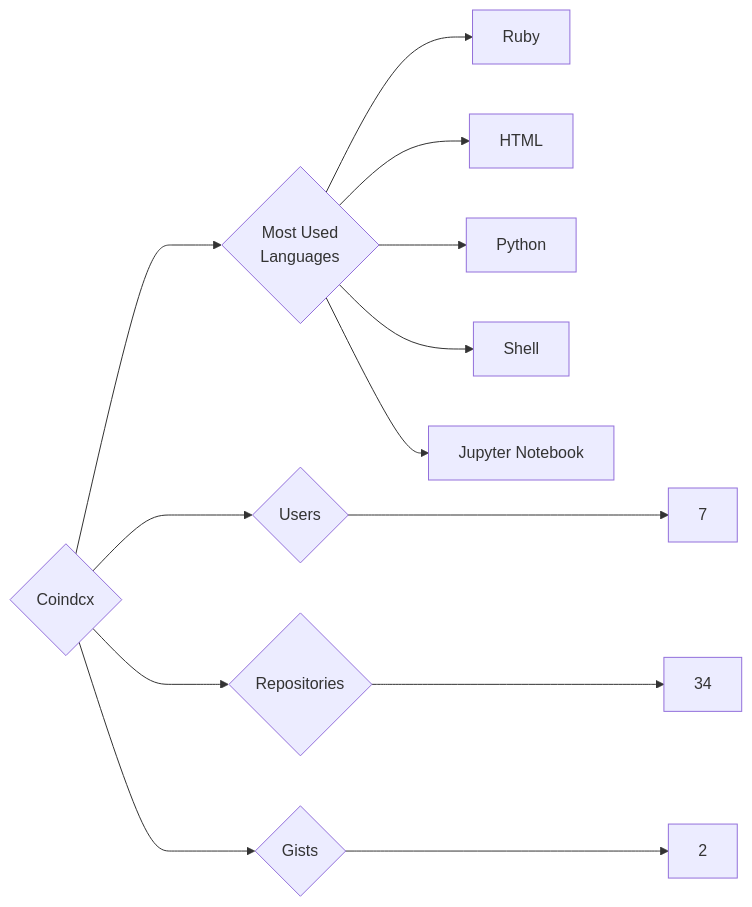
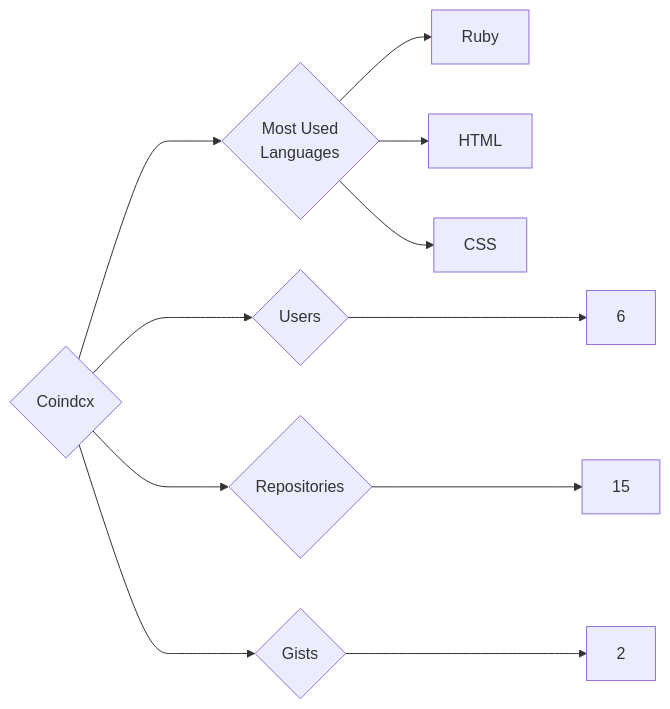
One commit to trickest/insiders changed the diagram in targets/Coindcx/README.md. Above: the diagram before and after it, drawn with Mermaid. The commit also changed 873 other files, not shown here.

````diff
--- a/targets/Coindcx/README.md
+++ b/targets/Coindcx/README.md
@@ -3,13 +3,11 @@
 ```mermaid
 graph LR
 COMPANY_NAME{Coindcx}
-COMPANY_NAME ---> U{Users} ---> UN[7]
-COMPANY_NAME ---> R{Repositories} ---> RN[34]
+COMPANY_NAME ---> U{Users} ---> UN[6]
+COMPANY_NAME ---> R{Repositories} ---> RN[15]
 COMPANY_NAME ---> G{Gists} ---> GN[2]
 COMPANY_NAME ---> ML{Most Used<br>Languages}
 ML --> Ruby[Ruby]
 ML --> HTML[HTML]
-ML --> Python[Python]
-ML --> Shell[Shell]
-ML --> Jupyter_Notebook[Jupyter Notebook]
+ML --> CSS[CSS]
 ```
````
